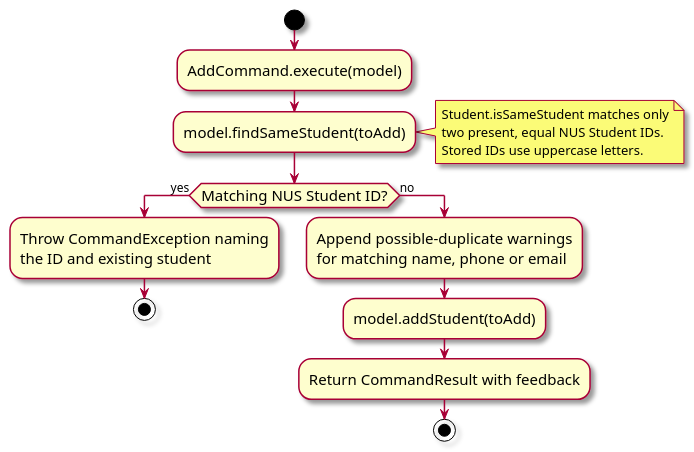
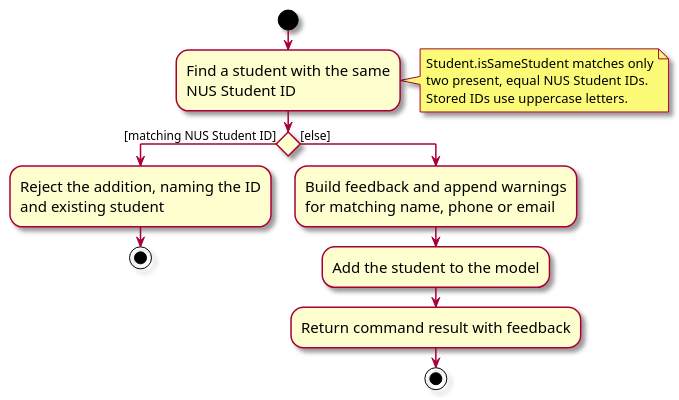
One commit to AY2627S1-CS2103T-T16-1/tp changed the diagram in docs/diagrams/AddDuplicateCheckActivityDiagram.puml. Above: the diagram before and after it, drawn with PlantUML. The commit also changed 2 other files, not shown here.

Commit message:
Render duplicate check from PlantUML
The DG embeds a committed PNG for the add duplicate-check diagram. A
later source edit could leave the displayed diagram stale, and the
decision branches lack the course's guard notation.

Let's render the diagram from its PlantUML source during site builds
and label each branch with a guard. Short action text also makes the
flow easier to read.

```diff
--- a/docs/diagrams/AddDuplicateCheckActivityDiagram.puml
+++ b/docs/diagrams/AddDuplicateCheckActivityDiagram.puml
@@ -1,26 +1,26 @@
 @startuml
 skin rose
 skinparam ActivityFontSize 15
 skinparam ArrowFontSize 12
 
 start
-:AddCommand.execute(model);
-:model.findSameStudent(toAdd);
+:Find a student with the same
+NUS Student ID;
 note right
   Student.isSameStudent matches only
   two present, equal NUS Student IDs.
   Stored IDs use uppercase letters.
 end note
 
-if (Matching NUS Student ID?) then (yes)
-    :Throw CommandException naming
-    the ID and existing student;
+if () then ([matching NUS Student ID])
+    :Reject the addition, naming the ID
+    and existing student;
     stop
-else (no)
-    :Append possible-duplicate warnings
+else ([else])
+    :Build feedback and append warnings
     for matching name, phone or email;
-    :model.addStudent(toAdd);
-    :Return CommandResult with feedback;
+    :Add the student to the model;
+    :Return command result with feedback;
     stop
 endif
 @enduml
```
